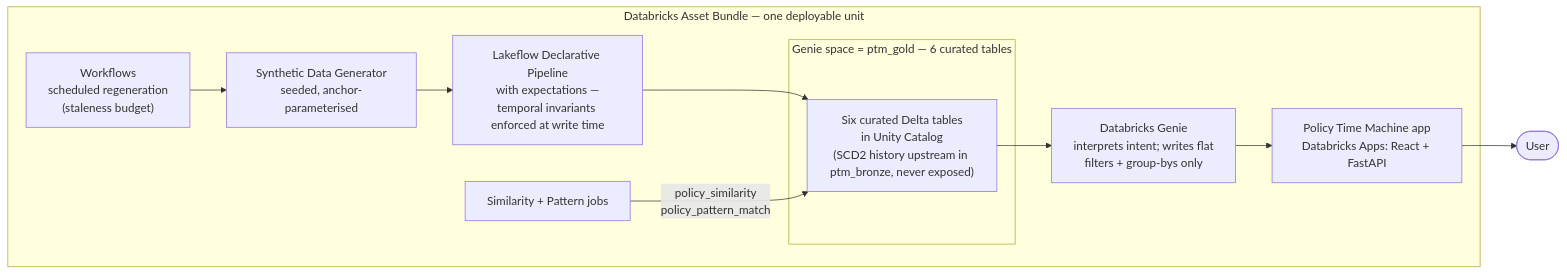
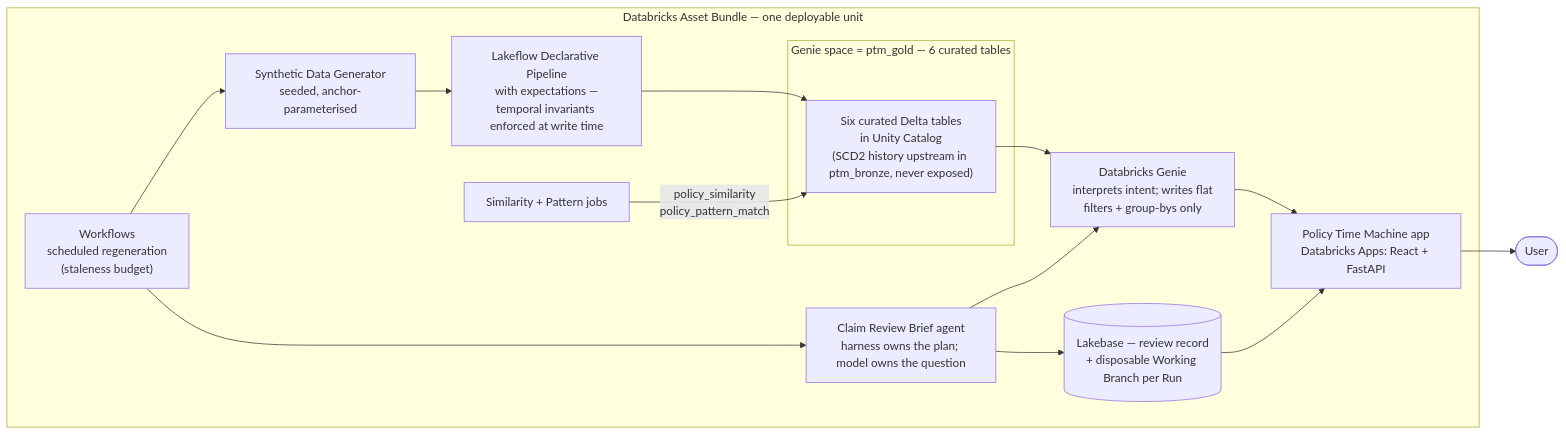
Before and after one commit to Sushruth-TechFabric/policy-time-machine: the diagram in docs/specs/09-product-charter.md, drawn with Mermaid. The commit also changed 5 other files, not shown here.

First line of the commit message:
Docs: meetup demo spec, test layer five, architecture diagram with the agent and Lakebase

````diff
--- a/docs/specs/09-product-charter.md
+++ b/docs/specs/09-product-charter.md
@@ -25,20 +25,26 @@
 ```mermaid
 %% Diagram 1 — High-level architecture. Audience: judges; first slide of the writeup.
 %% Embedded in docs/specs/09-product-charter.md. Vocabulary per CONTEXT.md and 03-genie-knowledge.md §7.
 flowchart LR
     subgraph bundle["Databricks Asset Bundle — one deployable unit"]
         wf["Workflows<br/>scheduled regeneration<br/>(staleness budget)"]
         gen["Synthetic Data Generator<br/>seeded, anchor-parameterised"]
         dlt["Lakeflow Declarative Pipeline<br/>with expectations —<br/>temporal invariants enforced at write time"]
         jobs["Similarity + Pattern jobs"]
         subgraph gspace["Genie space = ptm_gold — 6 curated tables"]
             tables["Six curated Delta tables<br/>in Unity Catalog<br/>(SCD2 history upstream in ptm_bronze, never exposed)"]
         end
         genie["Databricks Genie<br/>interprets intent; writes flat<br/>filters + group-bys only"]
         app["Policy Time Machine app<br/>Databricks Apps: React + FastAPI"]
+        lakebase[("Lakebase — review record<br/>+ disposable Working Branch per Run")]
+        agent["Claim Review Brief agent<br/>harness owns the plan; model owns the question"]
     end
     user(["User"])
 
     wf --> gen --> dlt --> tables --> genie --> app --> user
     jobs -->|"policy_similarity<br/>policy_pattern_match"| tables
+    wf --> agent
+    agent --> lakebase
+    agent --> genie
+    lakebase --> app
 ```
````
